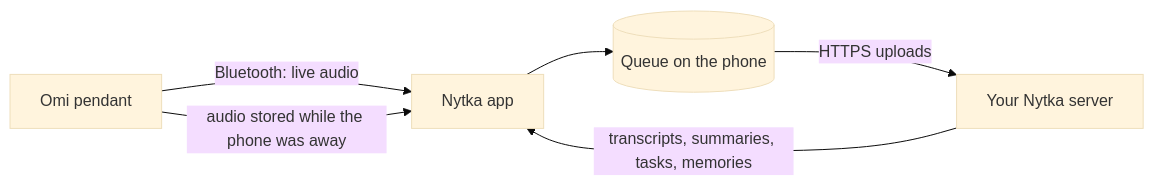
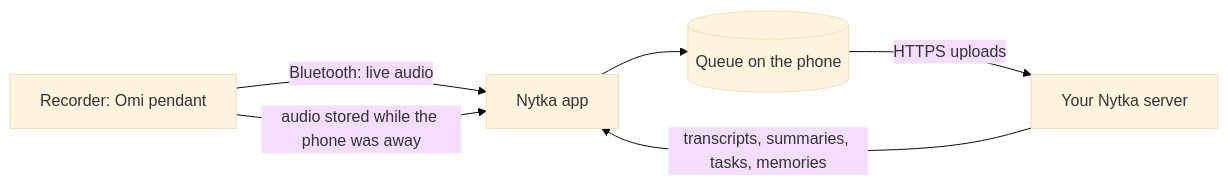
Before and after one commit to bflutz/nytka-android: the diagram in README.md, drawn with Mermaid (base theme). The commit also changed other lines of this file and 2 other files, not shown here.

````diff
--- a/README.md
+++ b/README.md
@@ -17,8 +17,8 @@
 ```mermaid
 flowchart LR
-  pendant[Omi pendant] -- "Bluetooth: live audio" --> app[Nytka app]
+  pendant[Recorder: Omi pendant] -- "Bluetooth: live audio" --> app[Nytka app]
   pendant -- "audio stored while the phone was away" --> app
   app --> queue[(Queue on the phone)]
   queue -- "HTTPS uploads" --> server[Your Nytka server]
   server -- "transcripts, summaries, tasks, memories" --> app
 ```
````
